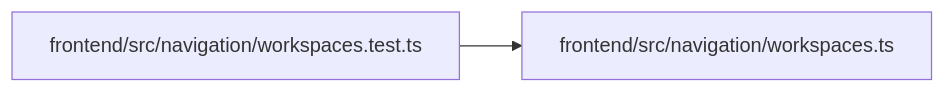
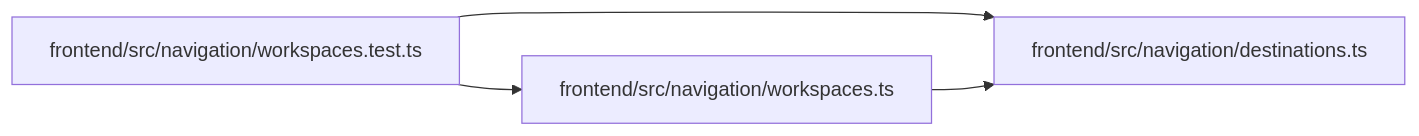
One commit to Denissvgn/WorkChord changed the diagram in docs/llm_wiki/modules/workspaces.test.md. Above: the diagram before and after it, drawn with Mermaid. The commit also changed other lines of this file and 2373 other files, not shown here.

````diff
--- a/docs/llm_wiki/modules/workspaces.test.md
+++ b/docs/llm_wiki/modules/workspaces.test.md
@@ -25,8 +26,12 @@
 ```mermaid
 flowchart LR
-    n0["frontend/src/navigation/workspaces.test.ts"]
-    n1["frontend/src/navigation/workspaces.ts"]
-    n0 --> n1
-    click n0 "../modules/workspaces.test.md"
-    click n1 "../modules/workspaces.md"
+    n0["frontend/src/navigation/destinations.ts"]
+    n1["frontend/src/navigation/workspaces.test.ts"]
+    n2["frontend/src/navigation/workspaces.ts"]
+    n1 --> n0
+    n1 --> n2
+    n2 --> n0
+    click n0 "../modules/destinations.md"
+    click n1 "../modules/workspaces.test.md"
+    click n2 "../modules/workspaces.md"
 ```
````
